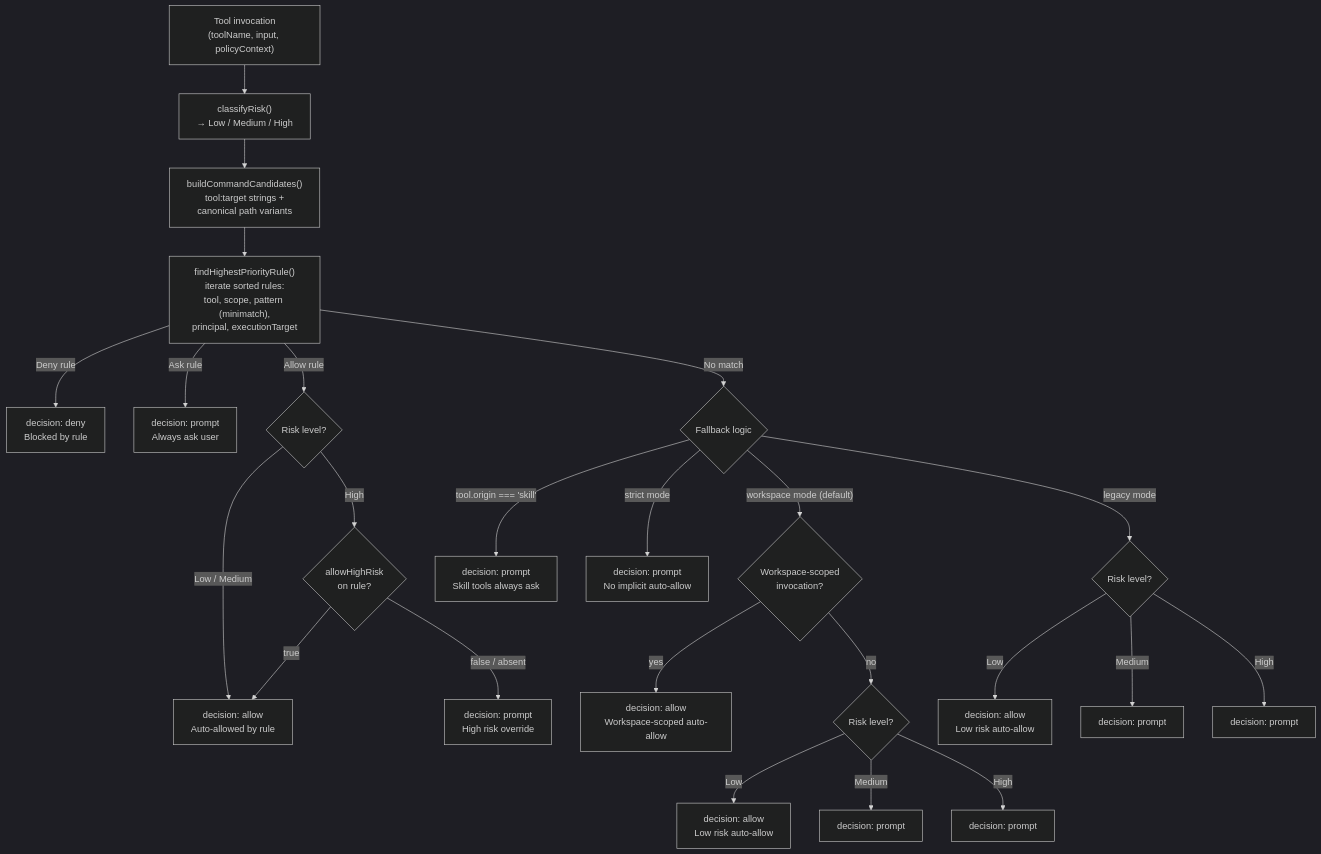
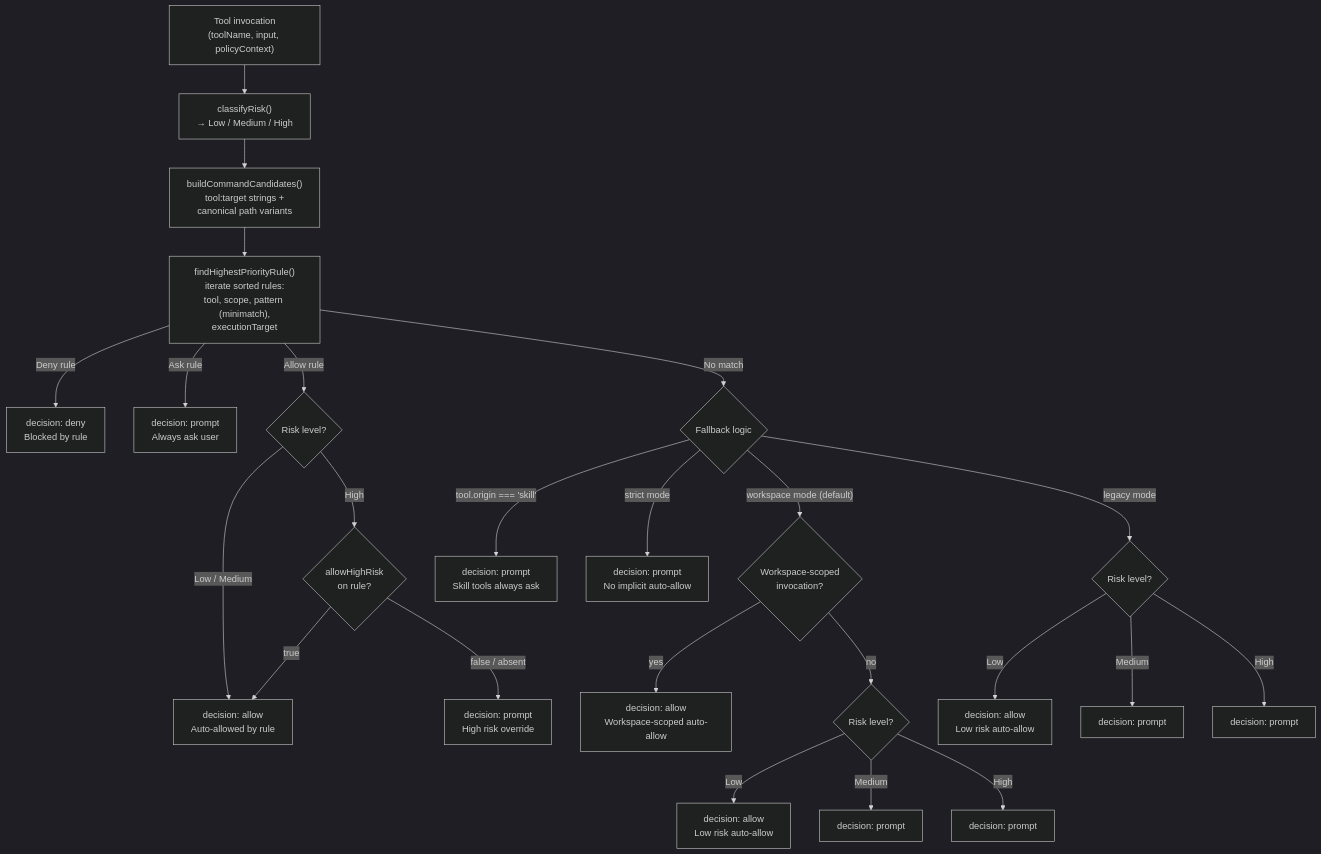
Before and after one commit to vellum-ai/vellum-assistant: diagram 25 of 49 in ARCHITECTURE.md, drawn with Mermaid (dark theme). The commit also changed other lines of this file, not shown here.

First line of the commit message:
docs: update ARCHITECTURE.md to remove principal references

````diff
--- a/ARCHITECTURE.md
+++ b/ARCHITECTURE.md
@@ -1877,29 +1877,29 @@
 ```mermaid
 graph TB
     TOOL_CALL["Tool invocation<br/>(toolName, input, policyContext)"] --> CLASSIFY["classifyRisk()<br/>→ Low / Medium / High"]
     CLASSIFY --> CANDIDATES["buildCommandCandidates()<br/>tool:target strings +<br/>canonical path variants"]
-    CANDIDATES --> FIND_RULE["findHighestPriorityRule()<br/>iterate sorted rules:<br/>tool, scope, pattern (minimatch),<br/>principal, executionTarget"]
+    CANDIDATES --> FIND_RULE["findHighestPriorityRule()<br/>iterate sorted rules:<br/>tool, scope, pattern (minimatch),<br/>executionTarget"]
 
     FIND_RULE -->|"Deny rule"| DENY["decision: deny<br/>Blocked by rule"]
     FIND_RULE -->|"Ask rule"| PROMPT_ASK["decision: prompt<br/>Always ask user"]
     FIND_RULE -->|"Allow rule"| RISK_CHECK{"Risk level?"}
     FIND_RULE -->|"No match"| NO_MATCH{"Fallback logic"}
 
     RISK_CHECK -->|"Low / Medium"| AUTO_ALLOW["decision: allow<br/>Auto-allowed by rule"]
     RISK_CHECK -->|"High"| HIGH_CHECK{"allowHighRisk<br/>on rule?"}
     HIGH_CHECK -->|"true"| AUTO_ALLOW
     HIGH_CHECK -->|"false / absent"| PROMPT_HIGH["decision: prompt<br/>High risk override"]
 
     NO_MATCH -->|"tool.origin === 'skill'"| PROMPT_SKILL["decision: prompt<br/>Skill tools always ask"]
     NO_MATCH -->|"strict mode"| PROMPT_STRICT["decision: prompt<br/>No implicit auto-allow"]
     NO_MATCH -->|"workspace mode (default)"| WS_CHECK{"Workspace-scoped<br/>invocation?"}
     WS_CHECK -->|"yes"| AUTO_WS["decision: allow<br/>Workspace-scoped auto-allow"]
     WS_CHECK -->|"no"| RISK_FALLBACK_WS{"Risk level?"}
     RISK_FALLBACK_WS -->|"Low"| AUTO_WS_LOW["decision: allow<br/>Low risk auto-allow"]
     RISK_FALLBACK_WS -->|"Medium"| PROMPT_WS_MED["decision: prompt"]
     RISK_FALLBACK_WS -->|"High"| PROMPT_WS_HIGH["decision: prompt"]
     NO_MATCH -->|"legacy mode"| RISK_FALLBACK{"Risk level?"}
     RISK_FALLBACK -->|"Low"| AUTO_LOW["decision: allow<br/>Low risk auto-allow"]
     RISK_FALLBACK -->|"Medium"| PROMPT_MED["decision: prompt"]
     RISK_FALLBACK -->|"High"| PROMPT_HIGH2["decision: prompt"]
 ```
````
